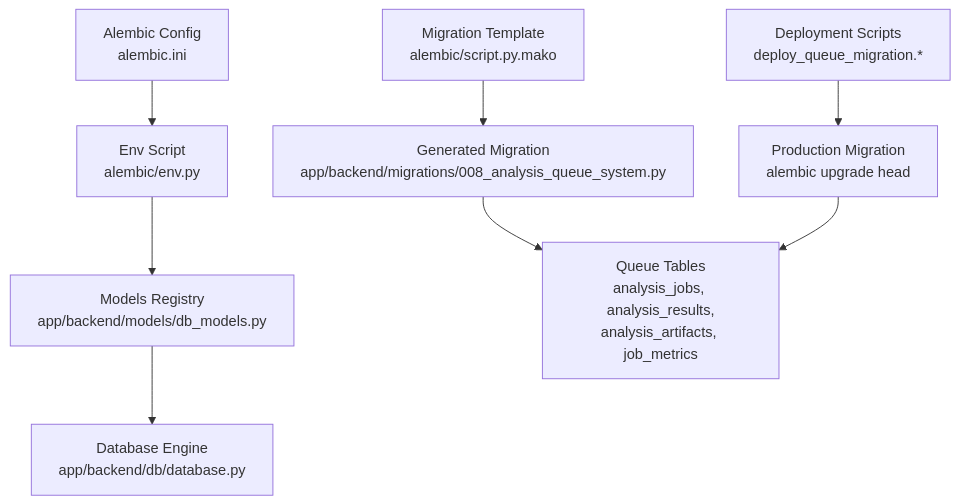
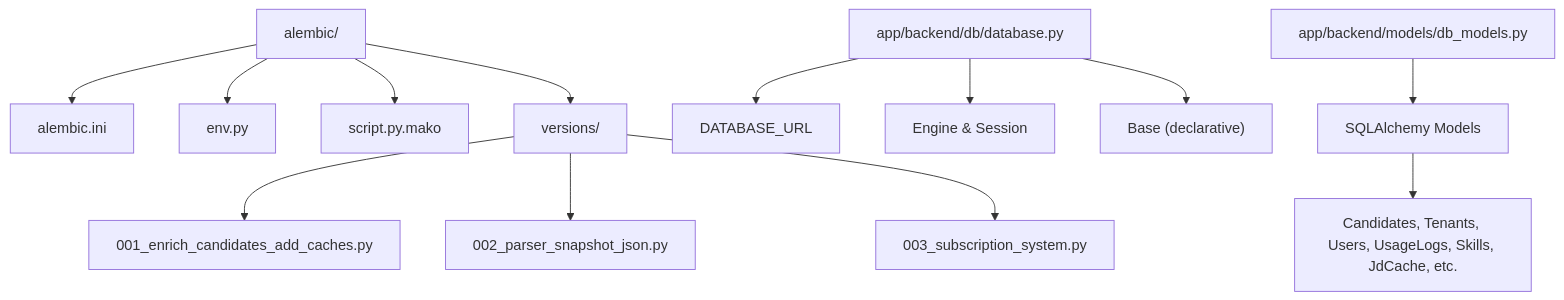
Before and after one commit to Revanththetalogics/aireume: the first of 6 diagrams in .qoder/repowiki/en/content/Database Design/Migration Management.md, drawn with Mermaid. The commit also changed other lines of this file and 58 other files, not shown here.

````diff
--- a/.qoder/repowiki/en/content/Database Design/Migration Management.md
+++ b/.qoder/repowiki/en/content/Database Design/Migration Management.md
@@ -39,10 +39,15 @@
 ```mermaid
 graph TB
-A["Alembic Config<br/>alembic.ini"] --> B["Env Script<br/>alembic/env.py"]
-B --> C["Models Registry<br/>app/backend/models/db_models.py"]
-C --> D["Database Engine<br/>app/backend/db/database.py"]
-E["Migration Template<br/>alembic/script.py.mako"] --> F["Generated Migration<br/>app/backend/migrations/008_analysis_queue_system.py"]
-F --> G["Queue Tables<br/>analysis_jobs, analysis_results,<br/>analysis_artifacts, job_metrics"]
-H["Deployment Scripts<br/>deploy_queue_migration.*"] --> I["Production Migration<br/>alembic upgrade head"]
-I --> G
+A["alembic/"] --> A1["alembic.ini"]
+A --> A2["env.py"]
+A --> A3["script.py.mako"]
+A --> A4["versions/"]
+A4 --> A4a["001_enrich_candidates_add_caches.py"]
+A4 --> A4b["002_parser_snapshot_json.py"]
+A4 --> A4c["003_subscription_system.py"]
+B["app/backend/db/database.py"] --> B1["DATABASE_URL"]
+B --> B2["Engine & Session"]
+B --> B3["Base (declarative)"]
+C["app/backend/models/db_models.py"] --> C1["SQLAlchemy Models"]
+C1 --> C2["Candidates, Tenants, Users, UsageLogs, Skills, JdCache, etc."]
 ```
````
